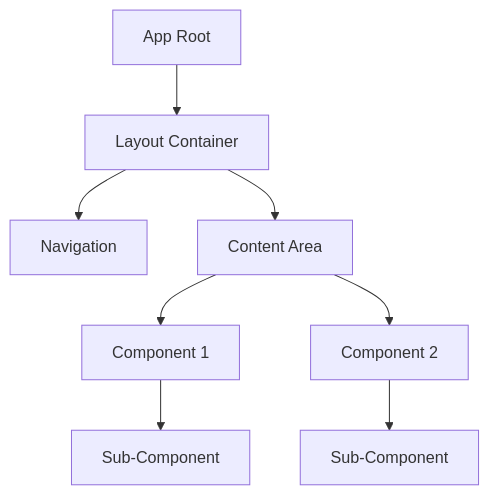
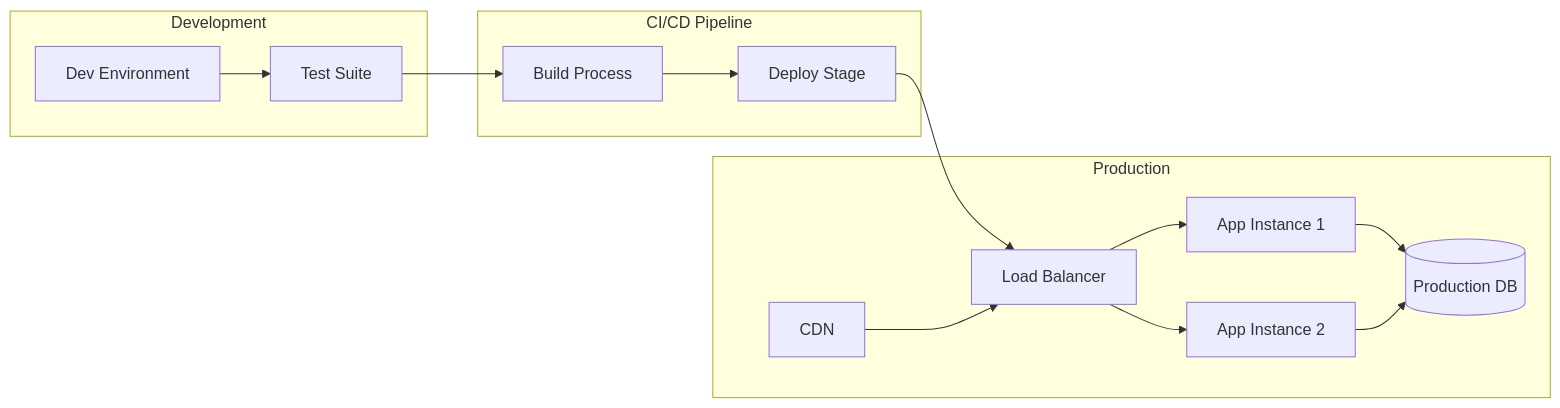
Before and after one commit to xincheng213618/OpenDeepWiki: the fifth of 9 diagrams in src/KoalaWiki/Prompts/Warehouse/GenerateDocsApplications.md, drawn with Mermaid. The commit also changed other lines of this file and 31 other files, not shown here.

````diff
--- a/src/KoalaWiki/Prompts/Warehouse/GenerateDocsApplications.md
+++ b/src/KoalaWiki/Prompts/Warehouse/GenerateDocsApplications.md
@@ -143,10 +231,30 @@
 ```mermaid
-graph TD
-    A[App Root] --> B[Layout Container]
-    B --> C[Navigation]
-    B --> D[Content Area]
-    D --> E[Component 1]
-    D --> F[Component 2]
-    E --> G[Sub-Component]
-    F --> H[Sub-Component]
+graph LR
+    subgraph "Development"
+        DEV[Dev Environment]
+        TEST[Test Suite]
+    end
+    
+    subgraph "CI/CD Pipeline"
+        BUILD[Build Process]
+        DEPLOY[Deploy Stage]
+    end
+    
+    subgraph "Production"
+        LB[Load Balancer]
+        APP1[App Instance 1]
+        APP2[App Instance 2] 
+        DB[(Production DB)]
+        CDN[CDN]
+    end
+    
+    DEV --> TEST
+    TEST --> BUILD
+    BUILD --> DEPLOY
+    DEPLOY --> LB
+    LB --> APP1
+    LB --> APP2
+    APP1 --> DB
+    APP2 --> DB
+    CDN --> LB
 ```
````
